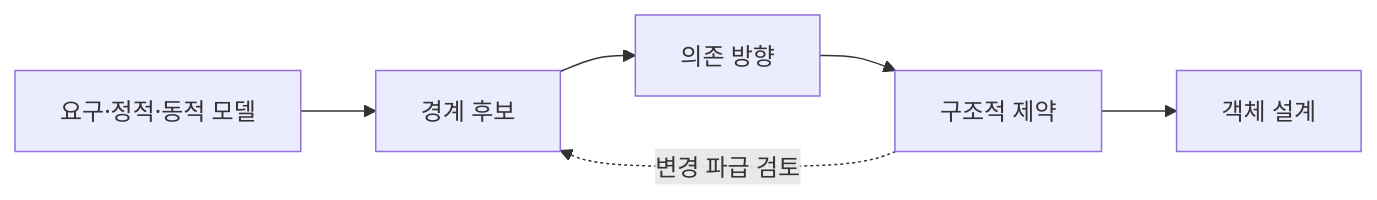
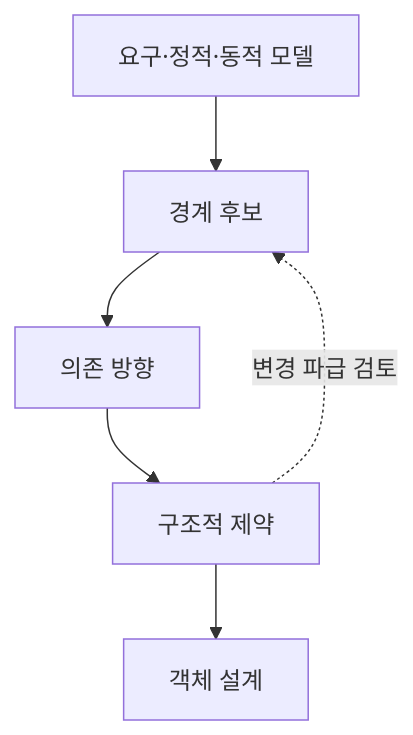
Before and after one commit to YoungSan77/TrainingMaterials: the first of 17 diagrams in courses/ooad/sessions/s05.md, drawn with Mermaid. The commit also changed other lines of this file and 154 other files, not shown here.

````diff
--- a/courses/ooad/sessions/s05.md
+++ b/courses/ooad/sessions/s05.md
@@ -83,8 +61,8 @@
 ```mermaid
-flowchart LR
+flowchart TB
     A["요구·정적·동적 모델"] --> B["경계 후보"]
     B --> C["의존 방향"]
     C --> D["구조적 제약"]
     D --> E["객체 설계"]
     D -. 변경 파급 검토 .-> B
 ```
````
